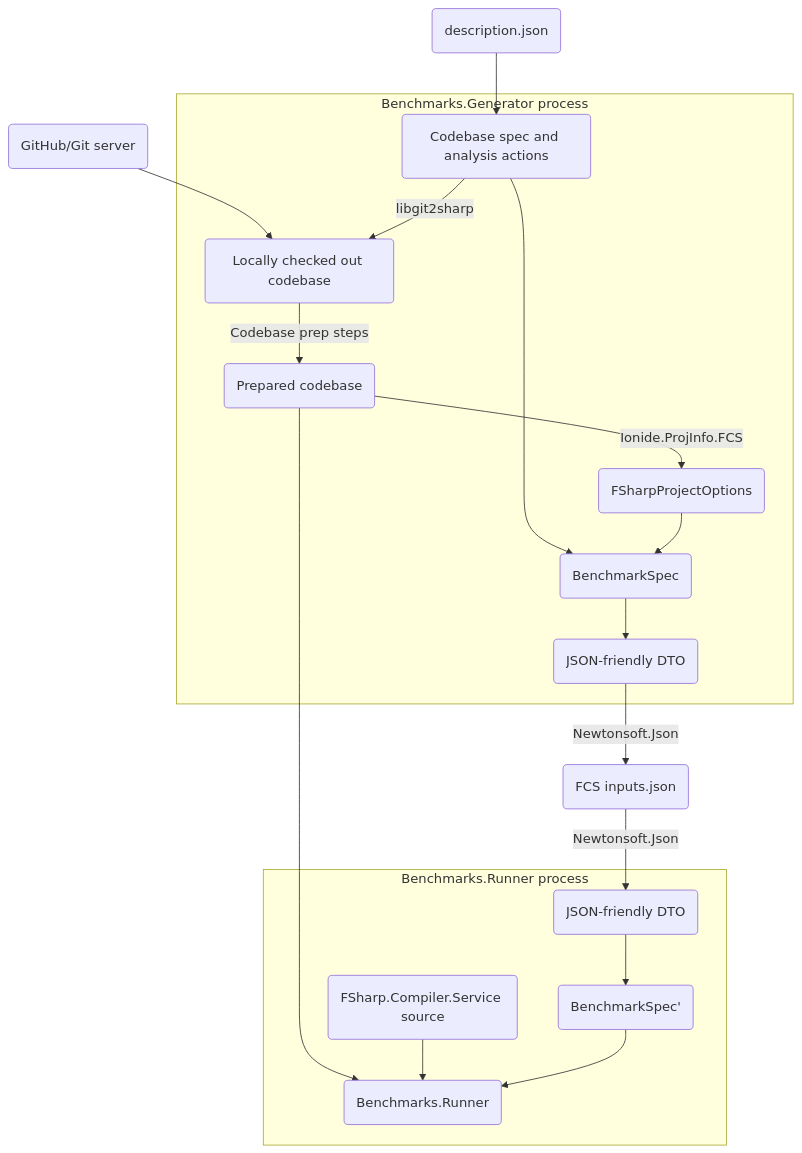
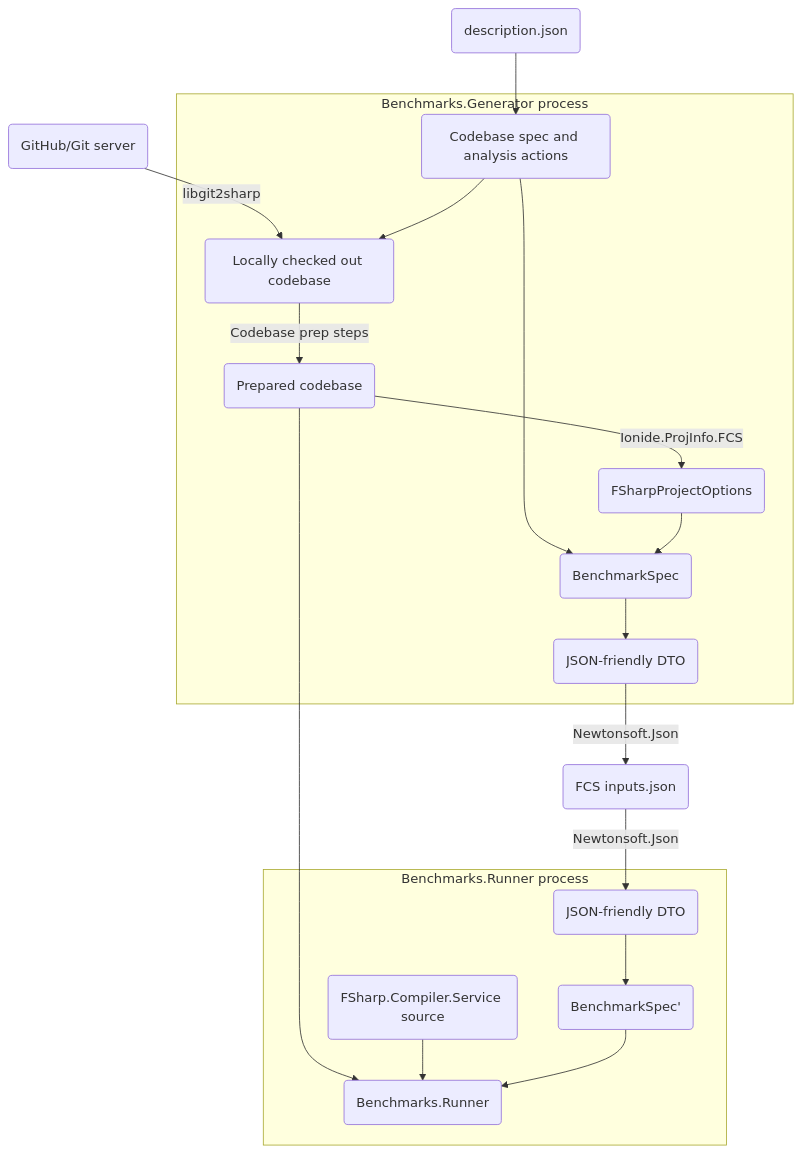
One commit to safesparrow/fsharp-benchmark-generator changed the second of 2 diagrams in README.md. Above: the diagram before and after it, drawn with Mermaid.

````diff
--- a/README.md
+++ b/README.md
@@ -34,23 +34,23 @@
 ```mermaid
 graph TD;
     AA(description.json)
     AA-->A
     AB(GitHub/Git server)
-    AB-->B
+    AB-->|libgit2sharp|B
     subgraph Benchmarks.Generator process
-        A(Codebase spec and analysis actions)-->|libgit2sharp| B(Locally checked out codebase);
+        A(Codebase spec and analysis actions)-->B(Locally checked out codebase);
         B-->|Codebase prep steps| B1(Prepared codebase)
         B1-->|Ionide.ProjInfo.FCS| C(FSharpProjectOptions)
         A-->D(BenchmarkSpec)
         C-->D
         D-->E(JSON-friendly DTO)
     end
     E-->|Newtonsoft.Json|F(FCS inputs.json)
     F-->|Newtonsoft.Json|G(JSON-friendly DTO)
     B1-->K
     subgraph Benchmarks.Runner process
         G-->H(BenchmarkSpec')
         J(FSharp.Compiler.Service source)-->K(Benchmarks.Runner)
         H-->K
     end
 ```
````
